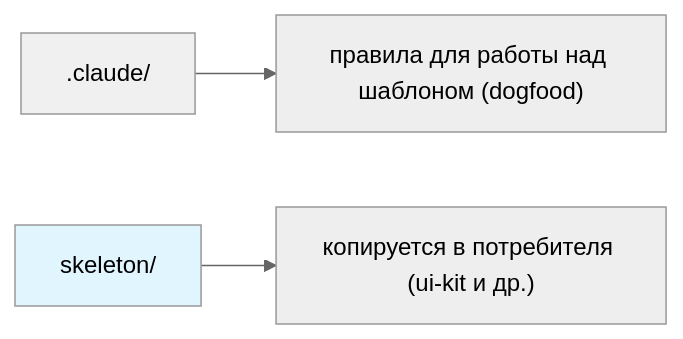
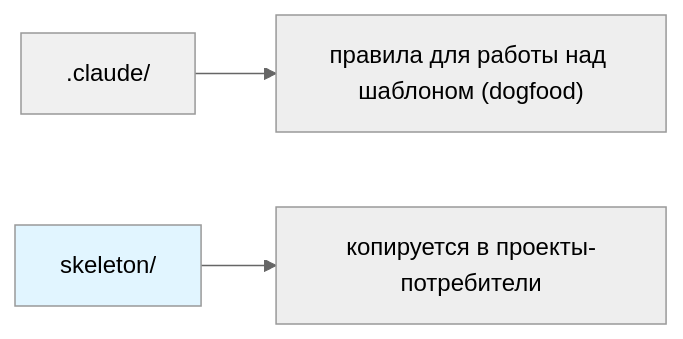
The first of 3 diagrams in docs/architecture.md (kushnirv/harness-engineering), drawn with Mermaid (neutral theme) before and after one commit. The commit also changed other lines of this file and 41 other files, not shown here.

````diff
--- a/docs/architecture.md
+++ b/docs/architecture.md
@@ -58,7 +58,7 @@
 ```mermaid
 flowchart LR
     A[".claude/"] --> B["правила для работы над шаблоном (dogfood)"]
-    C["skeleton/"] --> D["копируется в потребителя (ui-kit и др.)"]
+    C["skeleton/"] --> D["копируется в проекты-потребители"]
     style A fill:#f0f0f0
     style C fill:#e1f5ff
 ```
````
